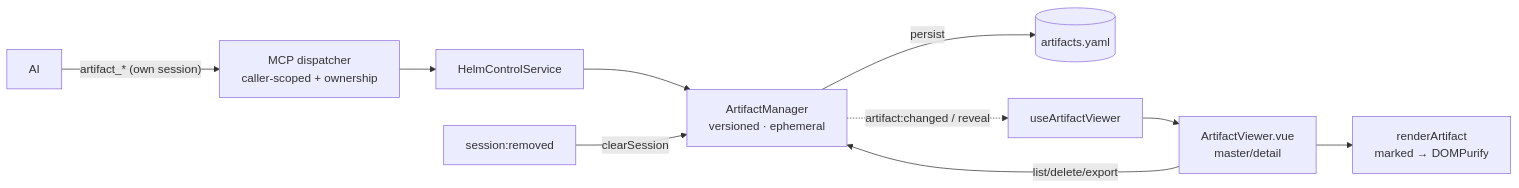
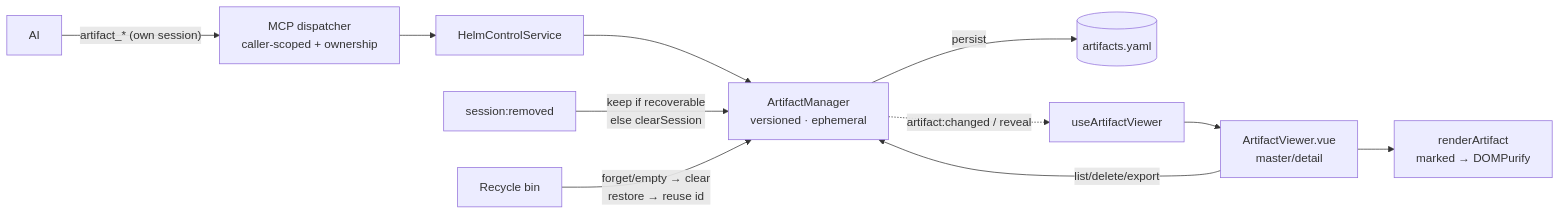
Before and after one commit to PetePeter/gamepad-cli-hub: the sixth of 6 diagrams in CLAUDE.md, drawn with Mermaid. The commit also changed other lines of this file and 7 other files, not shown here.

First line of the commit message:
feat(artifacts): preserve artifacts across recycle-bin restore

````diff
--- a/CLAUDE.md
+++ b/CLAUDE.md
@@ -172,11 +172,12 @@
     ```mermaid
     graph LR
         AI["AI"] -->|"artifact_* (own session)"| MCP["MCP dispatcher<br/>caller-scoped + ownership"]
         MCP --> SVC["HelmControlService"] --> AM["ArtifactManager<br/>versioned · ephemeral"]
         AM -->|persist| YAML[("artifacts.yaml")]
         AM -. "artifact:changed / reveal" .-> COMP["useArtifactViewer"]
         COMP --> VIEW["ArtifactViewer.vue<br/>master/detail"]
         VIEW --> RENDER["renderArtifact<br/>marked → DOMPurify"]
         VIEW -->|list/delete/export| AM
-        SR["session:removed"] -->|clearSession| AM
+        SR["session:removed"] -->|"keep if recoverable<br/>else clearSession"| AM
+        BIN["Recycle bin"] -->|"forget/empty → clear<br/>restore → reuse id"| AM
     ```
````
